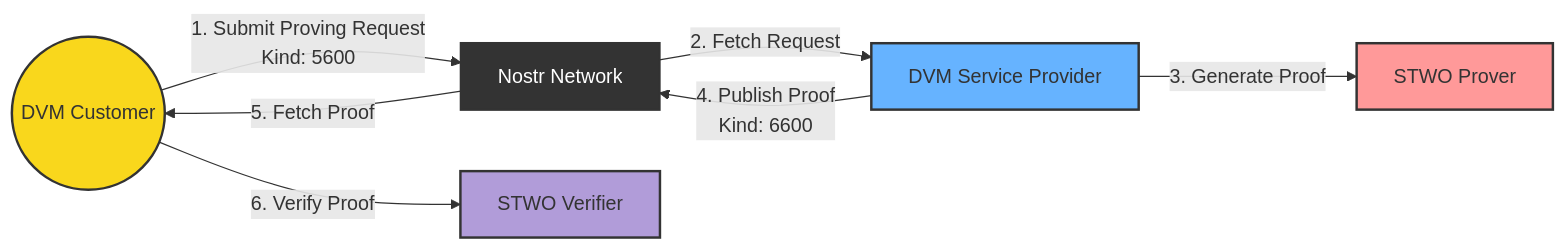
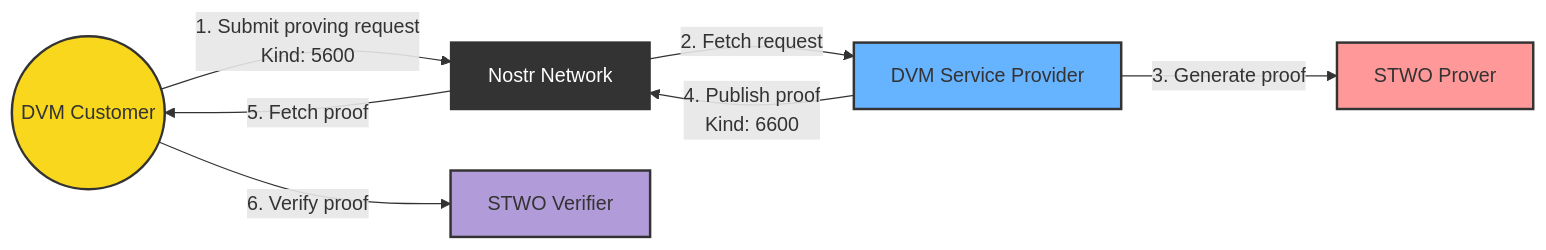
One commit to AbdelStark/askeladd changed the diagram in README.md. Above: the diagram before and after it, drawn with Mermaid. The commit also changed other lines of this file and 51 other files, not shown here.

````diff
--- a/README.md
+++ b/README.md
@@ -29,27 +53,27 @@
 ```mermaid
 graph LR
     Customer((DVM Customer))
     SP[DVM Service Provider]
     Nostr[Nostr Network]
     STWO_P[STWO Prover]
     STWO_V[STWO Verifier]
 
-    Customer -->|1. Submit Proving Request<br>Kind: 5600| Nostr
-    Nostr -->|2. Fetch Request| SP
-    SP -->|3. Generate Proof| STWO_P
-    SP -->|4. Publish Proof<br>Kind: 6600| Nostr
-    Nostr -->|5. Fetch Proof| Customer
-    Customer -->|6. Verify Proof| STWO_V
+    Customer -->|1. Submit proving request<br>Kind: 5600| Nostr
+    Nostr -->|2. Fetch request| SP
+    SP -->|3. Generate proof| STWO_P
+    SP -->|4. Publish proof<br>Kind: 6600| Nostr
+    Nostr -->|5. Fetch proof| Customer
+    Customer -->|6. Verify proof| STWO_V
 
     classDef customer fill:#f9d71c,stroke:#333,stroke-width:2px;
     classDef provider fill:#66b3ff,stroke:#333,stroke-width:2px;
     classDef network fill:#333,stroke:#333,stroke-width:2px,color:#fff;
     classDef prover fill:#ff9999,stroke:#333,stroke-width:2px;
     classDef verifier fill:#b19cd9,stroke:#333,stroke-width:2px;
 
     class Customer customer;
     class SP provider;
     class Nostr network;
     class STWO_P prover;
     class STWO_V verifier;
 ```
````
